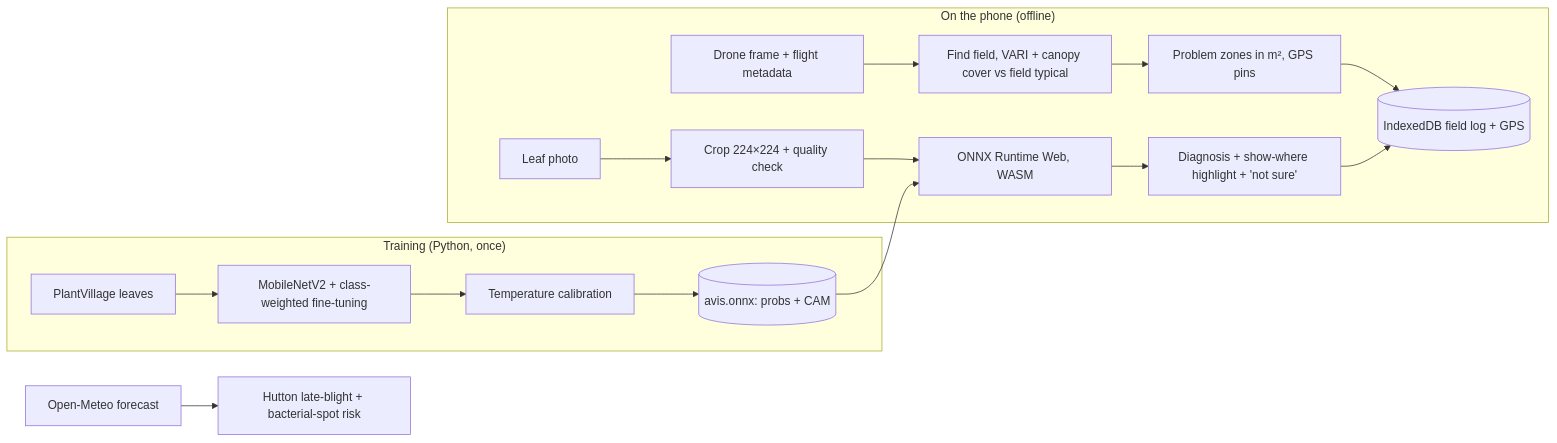
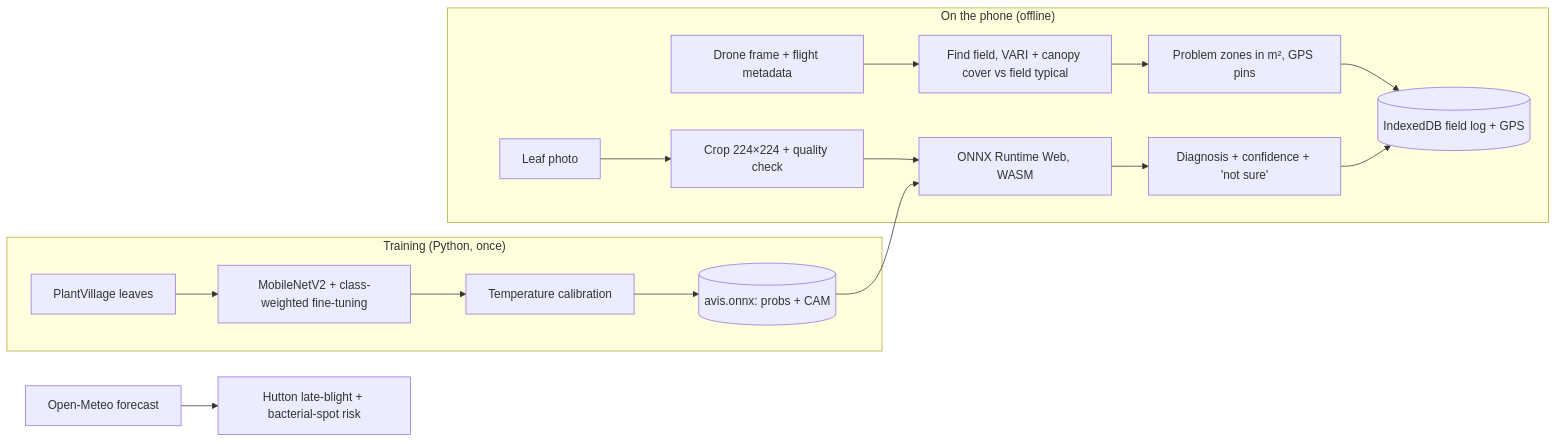
One commit to khushi-agg/crophealth-ai changed the diagram in README.md. Above: the diagram before and after it, drawn with Mermaid. The commit also changed other lines of this file and 2 other files, not shown here.

Commit message:
Remove Show where from README, submission kit and video script

````diff
--- a/README.md
+++ b/README.md
@@ -99,19 +98,19 @@
 ```mermaid
 flowchart LR
   subgraph Train["Training (Python, once)"]
     A[PlantVillage leaves] --> B[MobileNetV2 + class-weighted fine-tuning]
     B --> C[Temperature calibration]
     C --> D[(avis.onnx: probs + CAM)]
   end
   subgraph Phone["On the phone (offline)"]
     E[Leaf photo] --> G[Crop 224×224 + quality check]
     F[Drone frame + flight metadata] --> H[Find field, VARI + canopy cover vs field typical]
     H --> K2[Problem zones in m², GPS pins]
     K2 --> K
     G --> I[ONNX Runtime Web, WASM]
     D --> I
-    I --> J[Diagnosis + show-where highlight + 'not sure']
+    I --> J[Diagnosis + confidence + 'not sure']
     J --> K[(IndexedDB field log + GPS)]
   end
   W[Open-Meteo forecast] --> R[Hutton late-blight + bacterial-spot risk]
 ```
````
